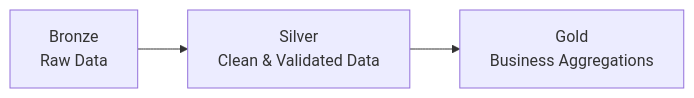
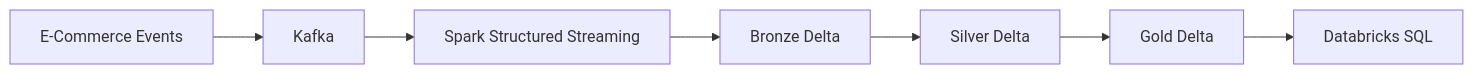
The third of 3 diagrams in README.md (yunusbaskan04/databricks-ecommerce-data-platform), drawn with Mermaid before and after one commit. The commit also changed other lines of this file and 1 other file, not shown here.

````diff
--- a/README.md
+++ b/README.md
@@ -54,6 +77,13 @@
 ```mermaid
 flowchart LR
-    A[Bronze<br/>Raw Data]
-    --> B[Silver<br/>Clean & Validated Data]
-    --> C[Gold<br/>Business Aggregations]
+    A[E-Commerce Events]
+    --> B[Kafka]
+
+    B --> C[Spark Structured Streaming]
+
+    C --> D[Bronze Delta]
+    D --> E[Silver Delta]
+    E --> F[Gold Delta]
+
+    F --> G[Databricks SQL]
 ```
````
